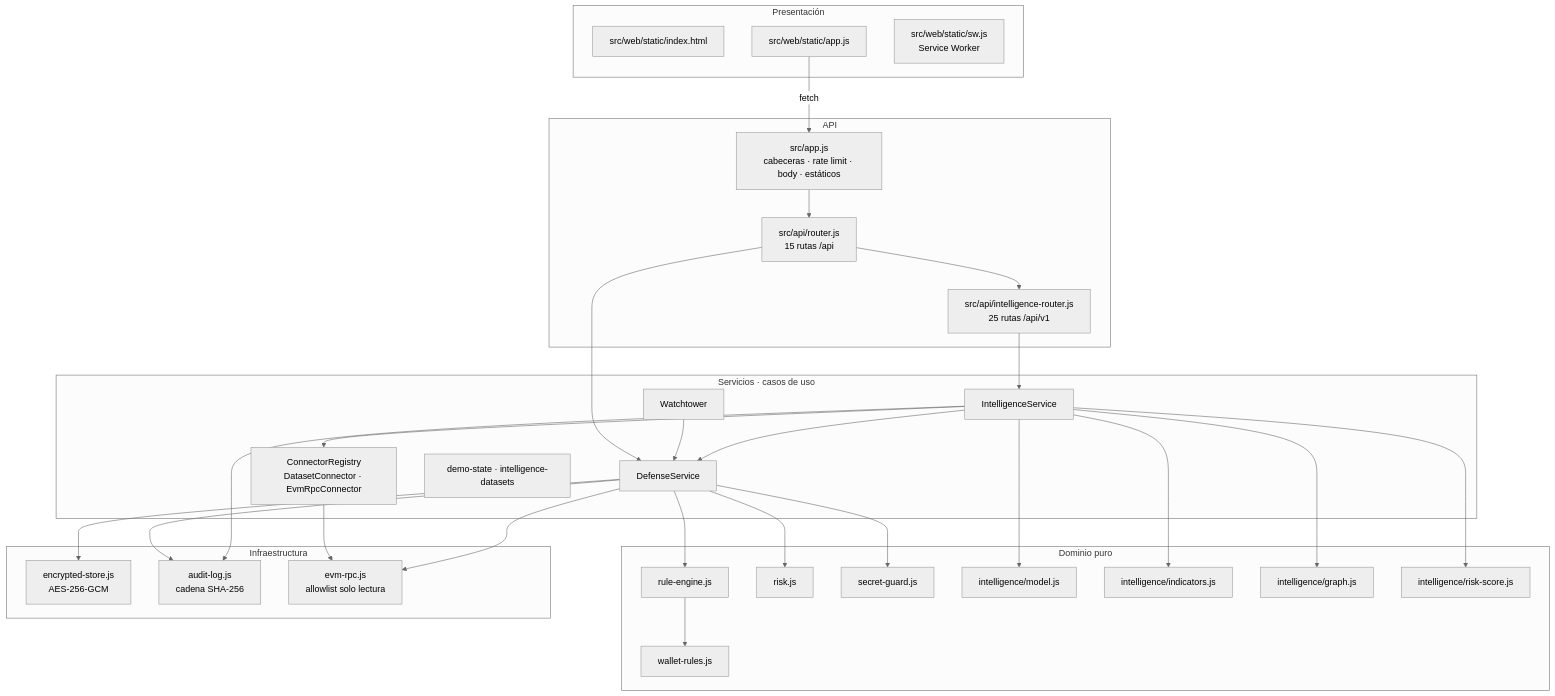
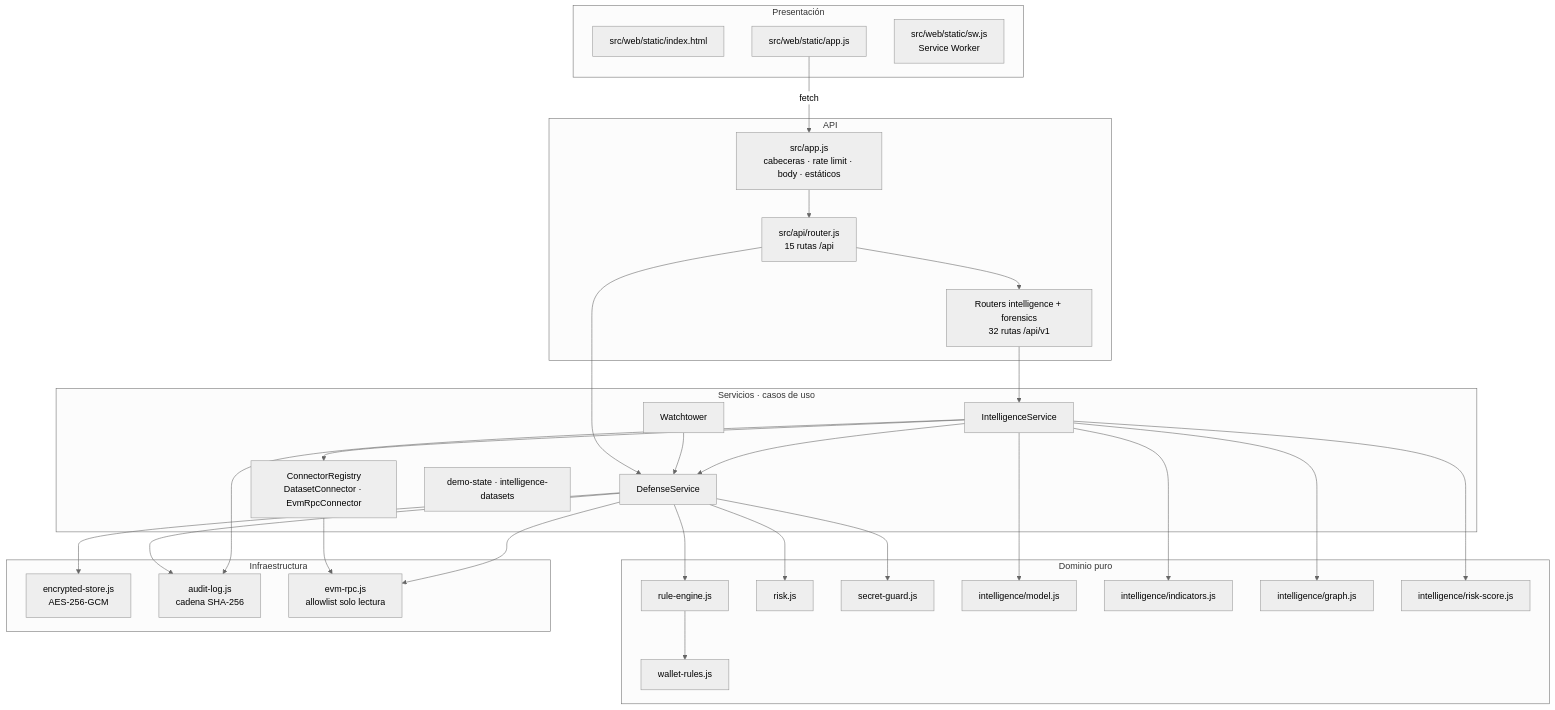
The first of 5 diagrams in docs/system-documentation/03-architecture.md (vladimiracunadev-create/rootcause-blockchain-security), drawn with Mermaid (neutral theme) before and after one commit. The commit also changed 51 other files, not shown here.

````diff
--- a/docs/system-documentation/03-architecture.md
+++ b/docs/system-documentation/03-architecture.md
@@ -47,56 +47,56 @@
 ```mermaid
 flowchart TB
     subgraph P["Presentación"]
         P1["src/web/static/index.html"]
         P2["src/web/static/app.js"]
         P3["src/web/static/sw.js<br/>Service Worker"]
     end
     subgraph A["API"]
         A1["src/app.js<br/>cabeceras · rate limit · body · estáticos"]
         A2["src/api/router.js<br/>15 rutas /api"]
-        A3["src/api/intelligence-router.js<br/>25 rutas /api/v1"]
+        A3["Routers intelligence + forensics<br/>32 rutas /api/v1"]
     end
     subgraph S["Servicios · casos de uso"]
         S1["DefenseService"]
         S2["IntelligenceService"]
         S3["Watchtower"]
         S4["ConnectorRegistry<br/>DatasetConnector · EvmRpcConnector"]
         S5["demo-state · intelligence-datasets"]
     end
     subgraph D["Dominio puro"]
         D1["rule-engine.js"]
         D2["wallet-rules.js"]
         D3["risk.js"]
         D4["secret-guard.js"]
         D5["intelligence/model.js"]
         D6["intelligence/indicators.js"]
         D7["intelligence/graph.js"]
         D8["intelligence/risk-score.js"]
     end
     subgraph I["Infraestructura"]
         I1["encrypted-store.js<br/>AES-256-GCM"]
         I2["audit-log.js<br/>cadena SHA-256"]
         I3["evm-rpc.js<br/>allowlist solo lectura"]
     end
     P2 -->|"fetch"| A1
     A1 --> A2
     A2 --> A3
     A2 --> S1
     A3 --> S2
     S3 --> S1
     S2 --> S1
     S2 --> S4
     S4 --> I3
     S1 --> D1
     S1 --> D3
     S1 --> D4
     D1 --> D2
     S2 --> D5
     S2 --> D6
     S2 --> D7
     S2 --> D8
     S1 --> I1
     S1 --> I2
     S2 --> I2
     S1 --> I3
 ```
````
